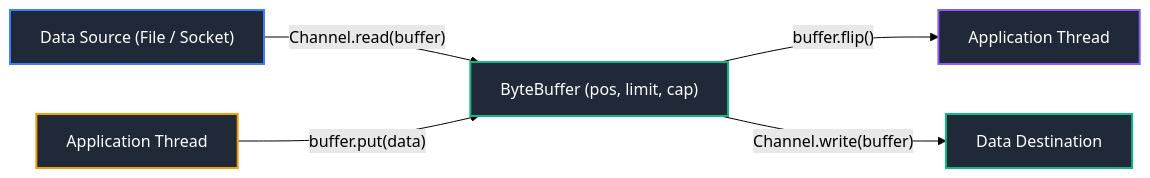
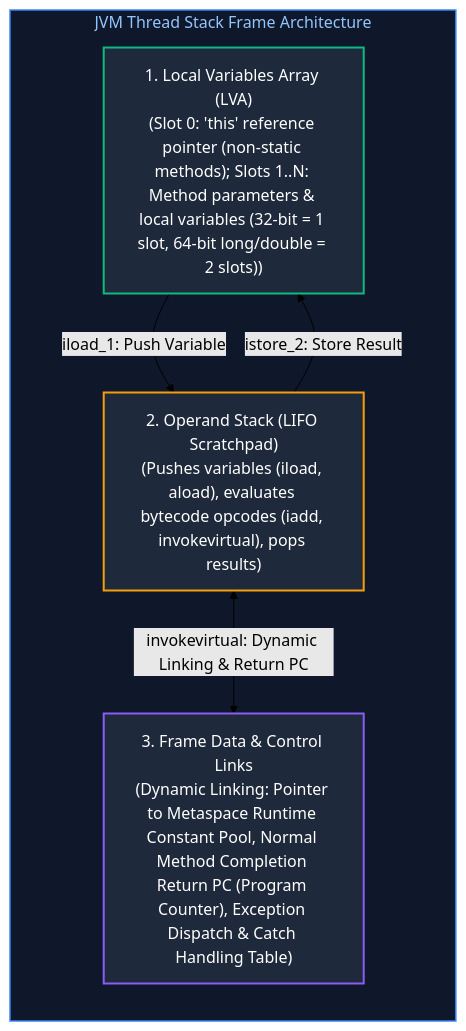
The fifth of 11 diagrams in Java Backend Engineering/05_jvm_memory_io_reflection_runtime.md (joydeep-biswas/Interview-Preparation), drawn with Mermaid (forest theme) before and after one commit. The commit also changed other lines of this file and 143 other files, not shown here.

````diff
--- a/Java Backend Engineering/05_jvm_memory_io_reflection_runtime.md
+++ b/Java Backend Engineering/05_jvm_memory_io_reflection_runtime.md
@@ -420,13 +433,17 @@
 ```mermaid
-flowchart LR
-    Source["Data Source (File / Socket)"] -->|"Channel.read(buffer)"| Buf["ByteBuffer (pos, limit, cap)"]
-    Buf -->|"buffer.flip()"| Reader["Application Thread"]
-    Writer["Application Thread"] -->|"buffer.put(data)"| Buf
-    Buf -->|"Channel.write(buffer)"| Dest["Data Destination"]
+flowchart TD
+    subgraph StackFrame ["JVM Thread Stack Frame Architecture"]
+        direction TB
+        LVA["1. Local Variables Array (LVA)<br/>(Slot 0: 'this' reference pointer (non-static methods); Slots 1..N: Method parameters & local variables (32-bit = 1 slot, 64-bit long/double = 2 slots))"]
+        OS["2. Operand Stack (LIFO Scratchpad)<br/>(Pushes variables (iload, aload), evaluates bytecode opcodes (iadd, invokevirtual), pops results)"]
+        FD["3. Frame Data & Control Links<br/>(Dynamic Linking: Pointer to Metaspace Runtime Constant Pool, Normal Method Completion Return PC (Program Counter), Exception Dispatch & Catch Handling Table)"]
+        LVA -->|"iload_1: Push Variable"| OS
+        OS -->|"istore_2: Store Result"| LVA
+        OS <-->|"invokevirtual: Dynamic Linking & Return PC"| FD
+    end
 
-    style Source fill:#1f2937,stroke:#3b82f6,stroke-width:2px,color:#fff
-    style Buf fill:#1f2937,stroke:#10b981,stroke-width:2px,color:#fff
-    style Reader fill:#1f2937,stroke:#8b5cf6,stroke-width:2px,color:#fff
-    style Writer fill:#1f2937,stroke:#f59e0b,stroke-width:2px,color:#fff
-    style Dest fill:#1f2937,stroke:#10b981,stroke-width:2px,color:#fff
+    style StackFrame fill:#0f172a,stroke:#3b82f6,stroke-width:1.5px,color:#93c5fd
+    style LVA fill:#1e293b,stroke:#10b981,stroke-width:2px,color:#fff
+    style OS fill:#1e293b,stroke:#f59e0b,stroke-width:2px,color:#fff
+    style FD fill:#1e293b,stroke:#8b5cf6,stroke-width:2px,color:#fff
 ```
````
